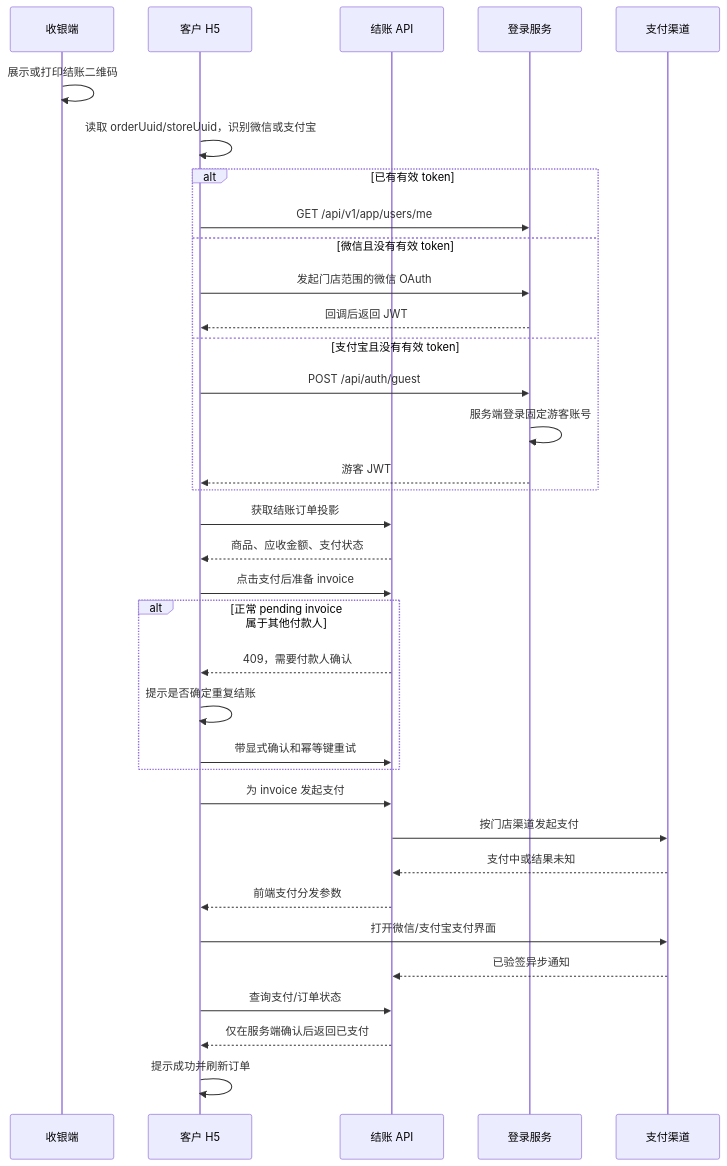
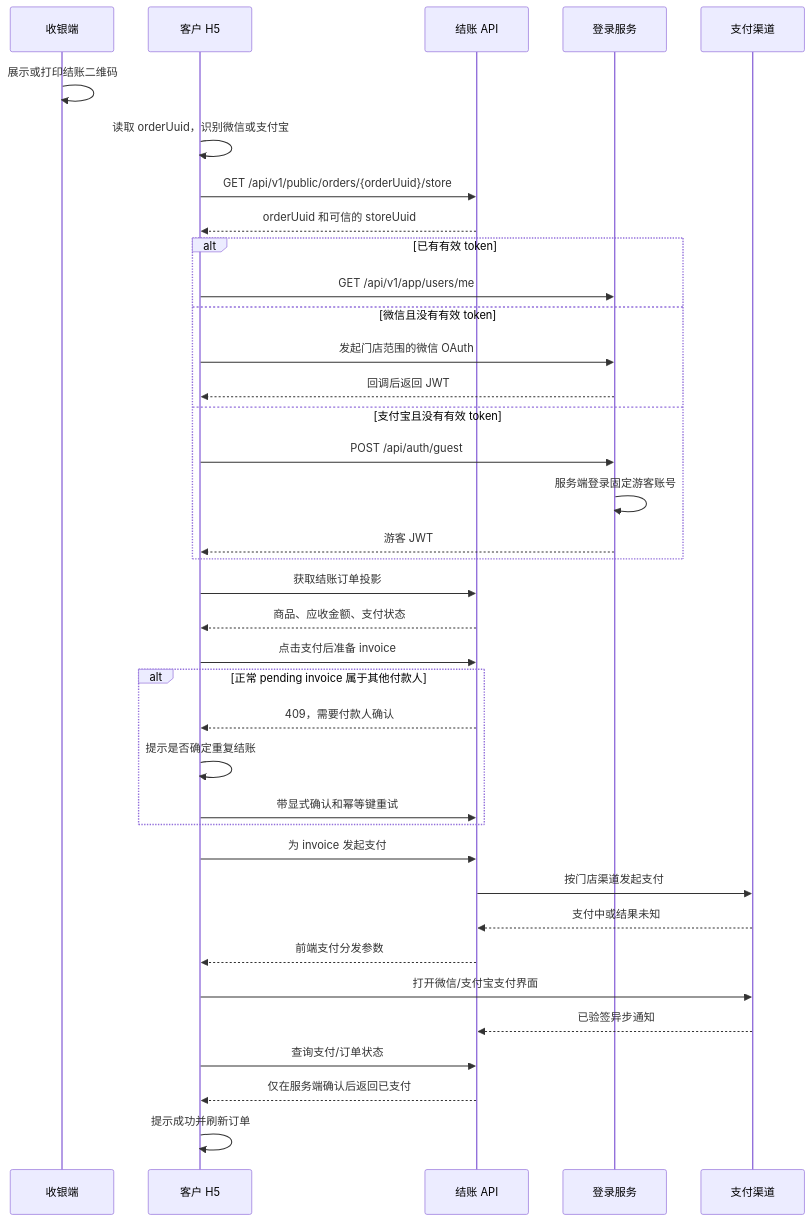
Before and after one commit to dream-studio-china/ns-ultimate: the diagram in docs/design/h5-checkout-flow.zh-cn.md, drawn with Mermaid. The commit also changed other lines of this file and 45 other files, not shown here.

````diff
--- a/docs/design/h5-checkout-flow.zh-cn.md
+++ b/docs/design/h5-checkout-flow.zh-cn.md
@@ -39,38 +39,40 @@
 ```mermaid
 sequenceDiagram
     participant C as 收银端
     participant H as 客户 H5
     participant A as 结账 API
     participant I as 登录服务
     participant P as 支付渠道
 
     C->>C: 展示或打印结账二维码
-    H->>H: 读取 orderUuid/storeUuid，识别微信或支付宝
+    H->>H: 读取 orderUuid，识别微信或支付宝
+    H->>A: GET /api/v1/public/orders/{orderUuid}/store
+    A-->>H: orderUuid 和可信的 storeUuid
     alt 已有有效 token
         H->>I: GET /api/v1/app/users/me
     else 微信且没有有效 token
         H->>I: 发起门店范围的微信 OAuth
         I-->>H: 回调后返回 JWT
     else 支付宝且没有有效 token
         H->>I: POST /api/auth/guest
         I->>I: 服务端登录固定游客账号
         I-->>H: 游客 JWT
     end
     H->>A: 获取结账订单投影
     A-->>H: 商品、应收金额、支付状态
     H->>A: 点击支付后准备 invoice
     alt 正常 pending invoice 属于其他付款人
         A-->>H: 409，需要付款人确认
         H->>H: 提示是否确定重复结账
         H->>A: 带显式确认和幂等键重试
     end
     H->>A: 为 invoice 发起支付
     A->>P: 按门店渠道发起支付
     P-->>A: 支付中或结果未知
     A-->>H: 前端支付分发参数
     H->>P: 打开微信/支付宝支付界面
     P-->>A: 已验签异步通知
     H->>A: 查询支付/订单状态
     A-->>H: 仅在服务端确认后返回已支付
     H->>H: 提示成功并刷新订单
 ```
````
